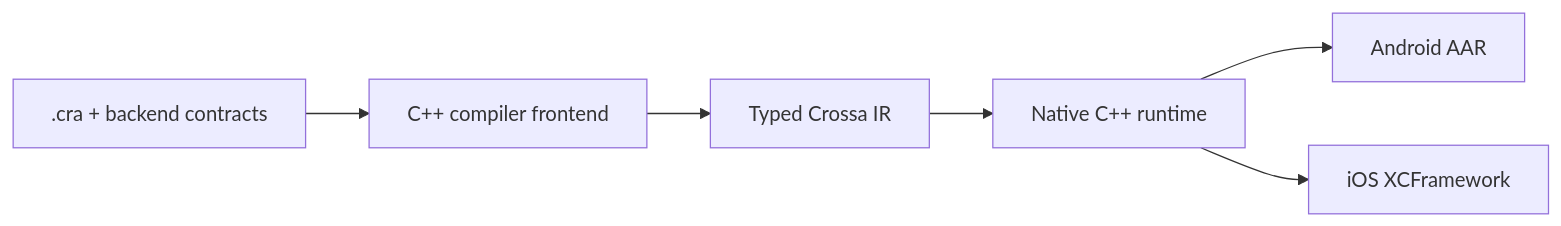
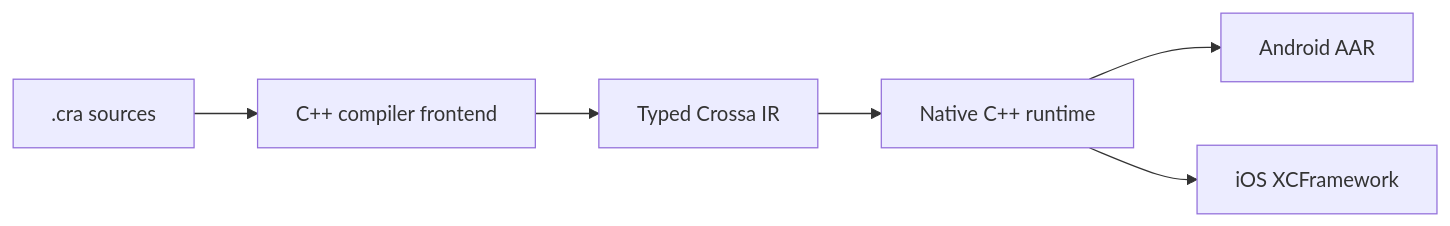
One commit to crossa-script/Crossa changed the first of 3 diagrams in README.md. Above: the diagram before and after it, drawn with Mermaid. The commit also changed other lines of this file, not shown here.

````diff
--- a/README.md
+++ b/README.md
@@ -11,8 +11,8 @@
 ```mermaid
 flowchart LR
-    A[".cra + backend contracts"] --> B["C++ compiler frontend"]
+    A[".cra sources"] --> B["C++ compiler frontend"]
     B --> C["Typed Crossa IR"]
     C --> D["Native C++ runtime"]
     D --> E["Android AAR"]
     D --> F["iOS XCFramework"]
 ```
````
